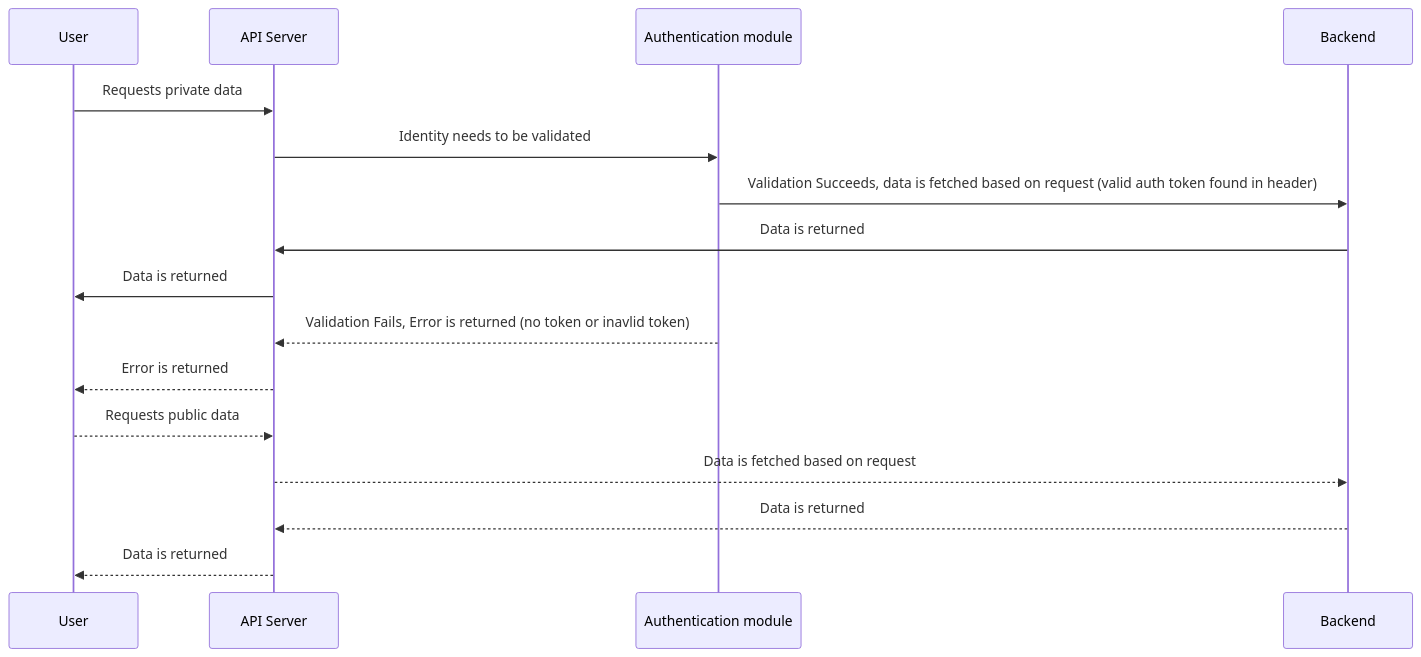
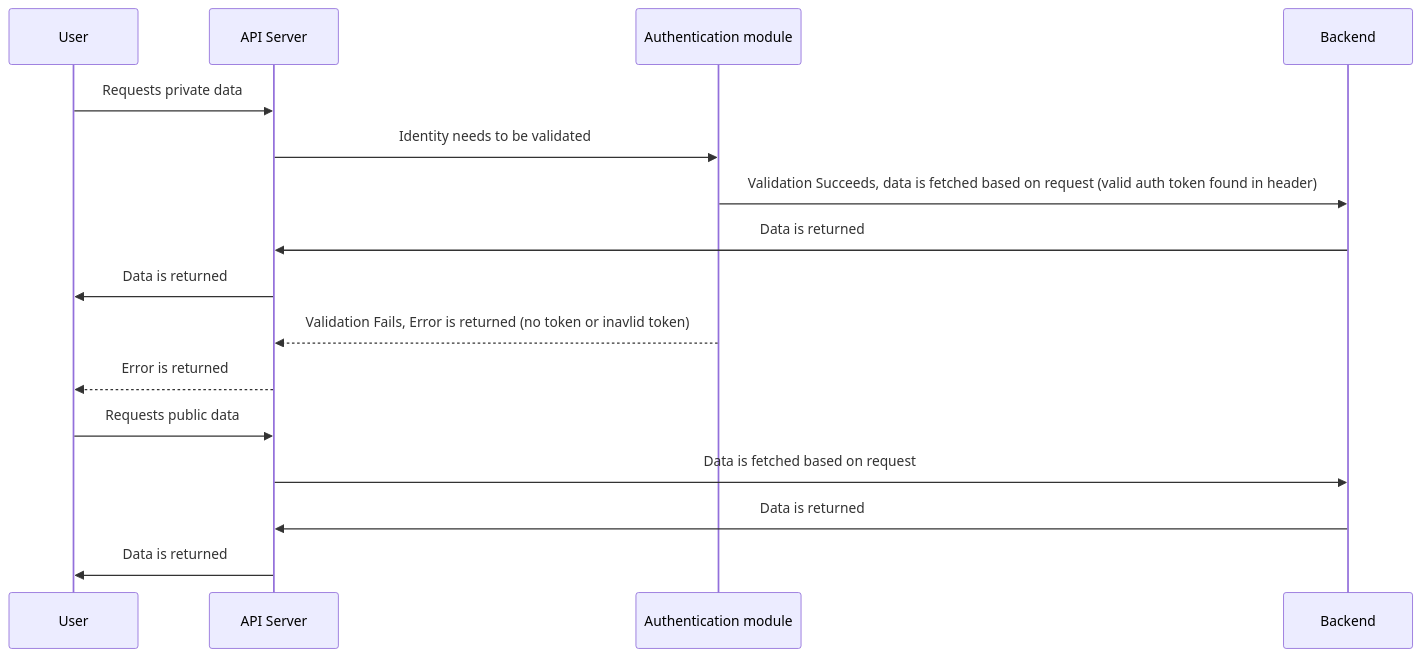
The seventh of 8 diagrams in documentation/design.md (csci265-team/HiddenFrame), drawn with Mermaid before and after one commit.

Commit message:
dotted lines for error

````diff
--- a/documentation/design.md
+++ b/documentation/design.md
@@ -339,25 +339,25 @@
 ```mermaid
 ---
 Title: Route authentication flow
 ---
 sequenceDiagram
     participant User
     participant API Server
     participant Authentication module
     participant Backend
 
     User->>API Server: Requests private data
     API Server->>Authentication module: Identity needs to be validated
     Authentication module->>Backend: Validation Succeeds, data is fetched based on request (valid auth token found in header)
     Backend->>API Server: Data is returned
     API Server->>User: Data is returned
 
     Authentication module-->>API Server: Validation Fails, Error is returned (no token or inavlid token)
     API Server-->>User: Error is returned
 
 
-    User-->>API Server: Requests public data
-    API Server-->>Backend: Data is fetched based on request
-    Backend-->>API Server: Data is returned
-    API Server-->>User: Data is returned
+    User->>API Server: Requests public data
+    API Server->>Backend: Data is fetched based on request
+    Backend->>API Server: Data is returned
+    API Server->>User: Data is returned
 ```
````
